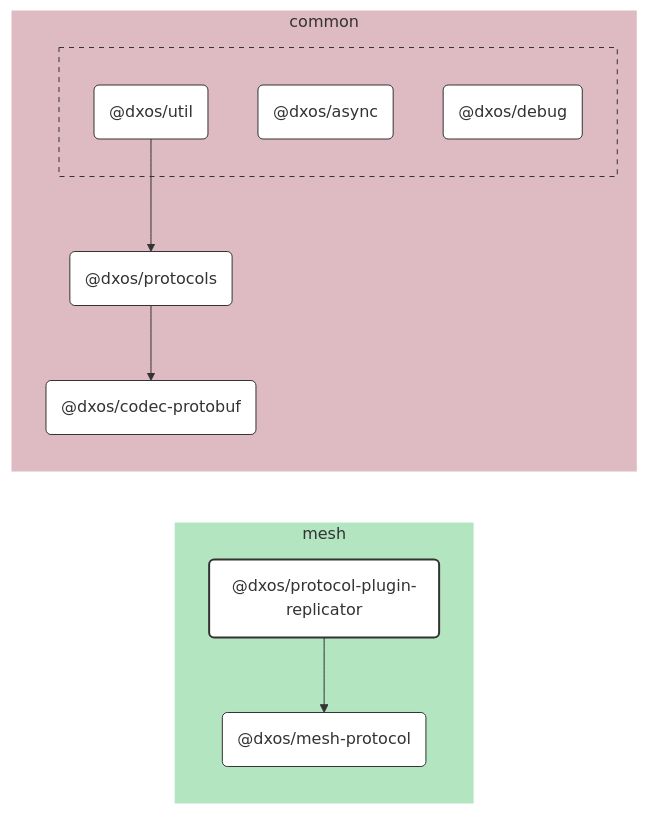
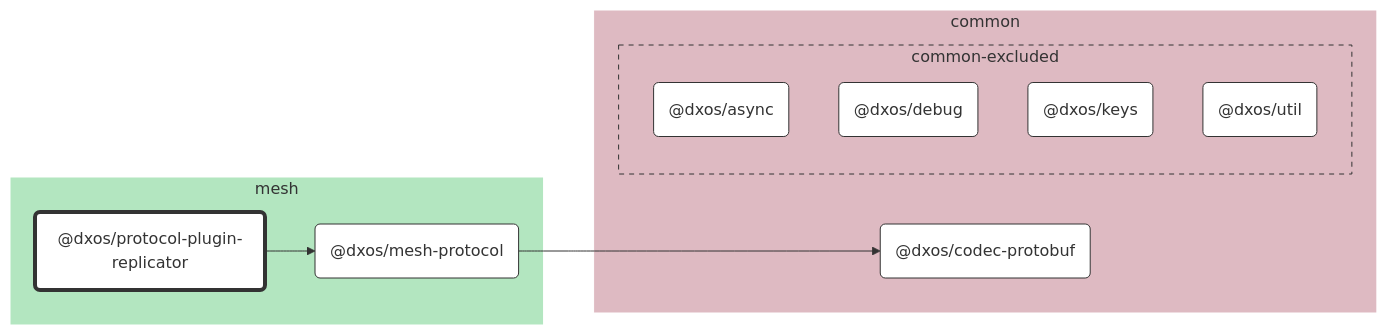
The diagram in packages/mesh/protocol-plugin-replicator/docs/README.md (dxos/dxos), drawn with Mermaid before and after one commit. The commit also changed other lines of this file and 683 other files, not shown here.

````diff
--- a/packages/mesh/protocol-plugin-replicator/docs/README.md
+++ b/packages/mesh/protocol-plugin-replicator/docs/README.md
@@ -7,56 +7,42 @@
 ```mermaid
 %%{ init: {'flowchart':{'curve':'basis'}} }%%
 
 flowchart LR
 
-%% Links
-dxos/protocol-plugin-replicator --> dxos/mesh-protocol;
-dxos/protocols --> dxos/codec-protobuf;
-dxos/util --> dxos/protocols;
+%% Classes
+classDef def fill:#fff,stroke:#333,stroke-width:1px
+classDef root fill:#fff,stroke:#333,stroke-width:4px
 
-%% Sections
-subgraph mesh
-  style mesh fill:#b3e6c0,stroke:#fff;
+%% Nodes
 
-  dxos/mesh-protocol("@dxos/mesh-protocol")
-  dxos/protocol-plugin-replicator("@dxos/protocol-plugin-replicator")
+subgraph mesh [mesh]
+  style mesh fill:#b3e6c0,stroke:#fff
+  dxos/protocol-plugin-replicator("@dxos/protocol-plugin-replicator"):::root
+  click dxos/protocol-plugin-replicator "dxos/dxos/tree/main/packages/mesh/protocol-plugin-replicator/docs"
+  dxos/mesh-protocol("@dxos/mesh-protocol"):::def
+  click dxos/mesh-protocol "dxos/dxos/tree/main/packages/mesh/mesh-protocol/docs"
 end
 
-subgraph common
-  style common fill:#debac2,stroke:#fff;
+subgraph common [common]
+  style common fill:#debac2,stroke:#fff
+  dxos/codec-protobuf("@dxos/codec-protobuf"):::def
+  click dxos/codec-protobuf "dxos/dxos/tree/main/packages/common/codec-protobuf/docs"
 
-  dxos/codec-protobuf("@dxos/codec-protobuf")
-  dxos/protocols("@dxos/protocols")
-
-  subgraph common-excluded [ ]
-    style common-excluded fill:#debac2,stroke:#333,stroke-dasharray:5 5;
-
-    dxos/async("@dxos/async")
-    dxos/debug("@dxos/debug")
-    dxos/util("@dxos/util")
+  subgraph common-excluded [common-excluded]
+    style common-excluded fill:#debac2,stroke:#333,stroke-dasharray:5 5
+    dxos/async("@dxos/async"):::def
+    click dxos/async "dxos/dxos/tree/main/packages/common/async/docs"
+    dxos/debug("@dxos/debug"):::def
+    click dxos/debug "dxos/dxos/tree/main/packages/common/debug/docs"
+    dxos/keys("@dxos/keys"):::def
+    click dxos/keys "dxos/dxos/tree/main/packages/common/keys/docs"
+    dxos/util("@dxos/util"):::def
+    click dxos/util "dxos/dxos/tree/main/packages/common/util/docs"
   end
 end
 
-
-%% Hyperlinks
-click dxos/async "dxos/dxos/tree/main/packages/common/async/docs";
-click dxos/codec-protobuf "dxos/dxos/tree/main/packages/common/codec-protobuf/docs";
-click dxos/debug "dxos/dxos/tree/main/packages/common/debug/docs";
-click dxos/mesh-protocol "dxos/dxos/tree/main/packages/mesh/mesh-protocol/docs";
-click dxos/protocols "dxos/dxos/tree/main/packages/common/protocols/docs";
-click dxos/util "dxos/dxos/tree/main/packages/common/util/docs";
-
-%% Styles
-classDef rootNode fill:#fff,stroke:#333,stroke-width:2px
-classDef defaultNode fill:#fff,stroke:#333,stroke-width:1px
+%% Links
 linkStyle default stroke:#333,stroke-width:1px
-
-dxos/protocol-plugin-replicator:::rootNode
-
-dxos/async:::defaultNode
-dxos/codec-protobuf:::defaultNode
-dxos/debug:::defaultNode
-dxos/mesh-protocol:::defaultNode
-dxos/protocols:::defaultNode
-dxos/util:::defaultNode
+dxos/protocol-plugin-replicator --> dxos/mesh-protocol
+dxos/mesh-protocol --> dxos/codec-protobuf
 ```
````
